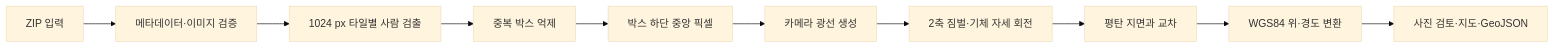
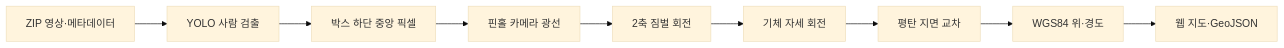
Before and after one commit to dongki1/uav-geolocation-web: the diagram in docs/TECHNICAL_METHOD.md, drawn with Mermaid (base theme). The commit also changed other lines of this file and 1 other file, not shown here.

````diff
--- a/docs/TECHNICAL_METHOD.md
+++ b/docs/TECHNICAL_METHOD.md
@@ -11,12 +9,11 @@
 ```mermaid
 flowchart LR
-    A[ZIP 입력] --> B[메타데이터·이미지 검증]
-    B --> C[1024 px 타일별 사람 검출]
-    C --> D[중복 박스 억제]
-    D --> E[박스 하단 중앙 픽셀]
-    E --> F[카메라 광선 생성]
-    F --> G[2축 짐벌·기체 자세 회전]
-    G --> H[평탄 지면과 교차]
-    H --> I[WGS84 위·경도 변환]
-    I --> J[사진 검토·지도·GeoJSON]
+    A[ZIP 영상·메타데이터] --> B[YOLO 사람 검출]
+    B --> C[박스 하단 중앙 픽셀]
+    C --> D[핀홀 카메라 광선]
+    D --> E[2축 짐벌 회전]
+    E --> F[기체 자세 회전]
+    F --> G[평탄 지면 교차]
+    G --> H[WGS84 위·경도]
+    H --> I[웹 지도·GeoJSON]
 ```
````
